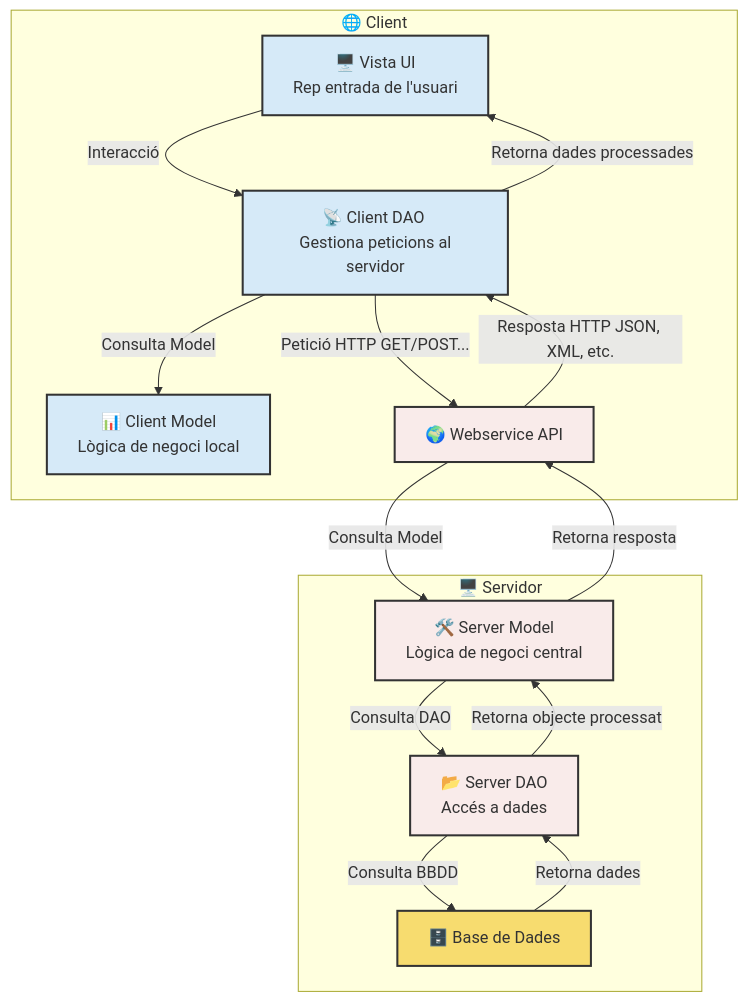
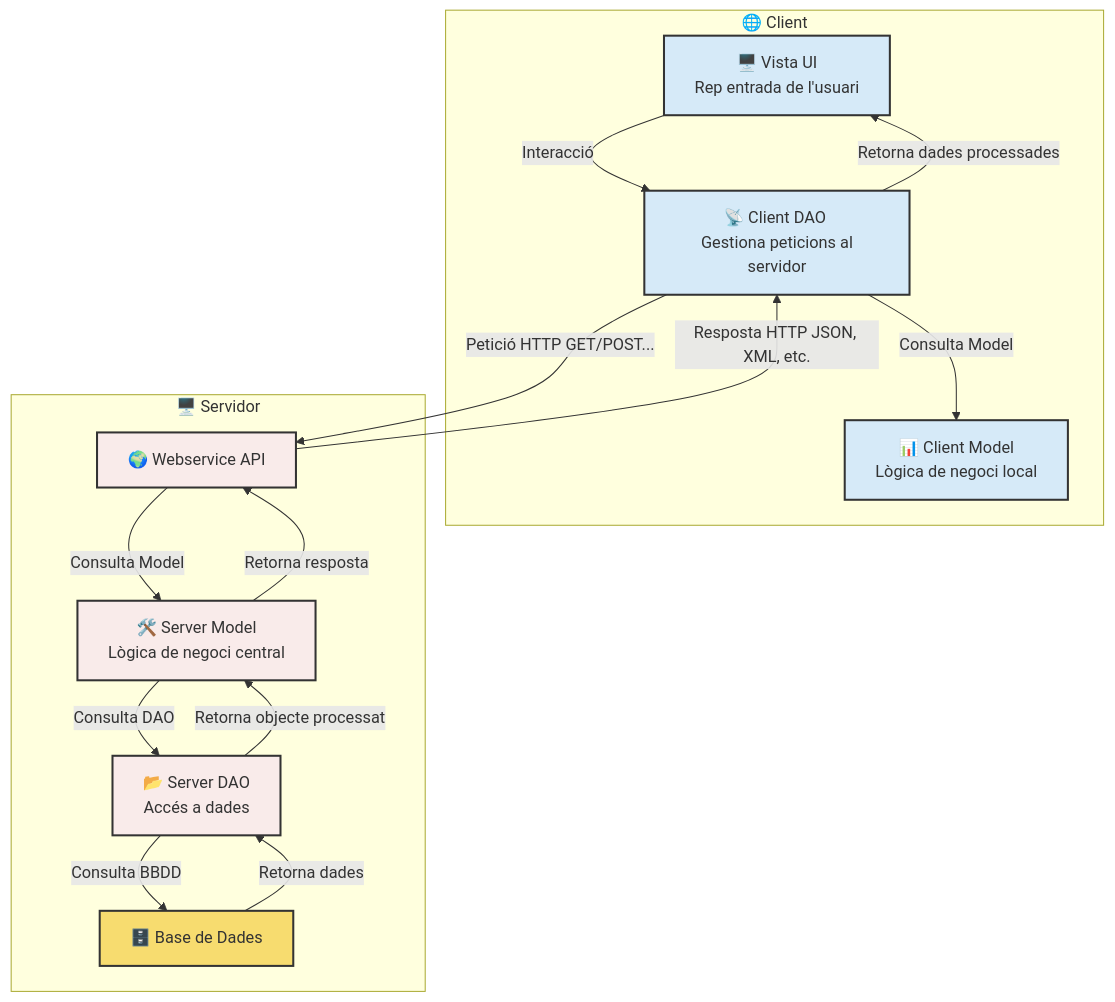
Before and after one commit to amallad2/tapatapp-24-25-public: the diagram in charts/mvc-generic.mermaid, drawn with Mermaid. The commit also changed other lines of this file, not shown here.

```diff
--- a/charts/mvc-generic.mermaid
+++ b/charts/mvc-generic.mermaid
@@ -1,29 +1,29 @@
 flowchart TD
     subgraph Client["🌐 Client"]
         A["🖥️ Vista UI <br> Rep entrada de l'usuari"] -->|Interacció| B["📡 Client DAO <br> Gestiona peticions al servidor"]
         B -->|Consulta Model| M["📊 Client Model <br> Lògica de negoci local"]
-        B -->|Petició HTTP GET/POST...| C["🌍 Webservice API"]
         B -->|Retorna dades processades| A
     end
 
     subgraph Server["🖥️ Servidor"]
+        B -->|Petició HTTP GET/POST...| C["🌍 Webservice API"]
         C -->|Consulta Model| N["🛠️ Server Model <br> Lògica de negoci central"]
         N -->|Consulta DAO| D["📂 Server DAO <br> Accés a dades"]
         D -->|Consulta BBDD| DB["🗄️ Base de Dades"]
         DB -->|Retorna dades| D
         D -->|Retorna objecte processat| N
         N -->|Retorna resposta| C
         C -->|Resposta HTTP JSON, XML, etc.| B
     end
 
     classDef client fill:#D6EAF8,stroke:#333,stroke-width:2px;
     classDef server fill:#F9EBEA,stroke:#333,stroke-width:2px;
     classDef db fill:#F7DC6F,stroke:#333,stroke-width:2px;
     
     class A client;
     class B client;
     class M client;
     class C server;
     class N server;
     class D server;
     class DB db;
```
